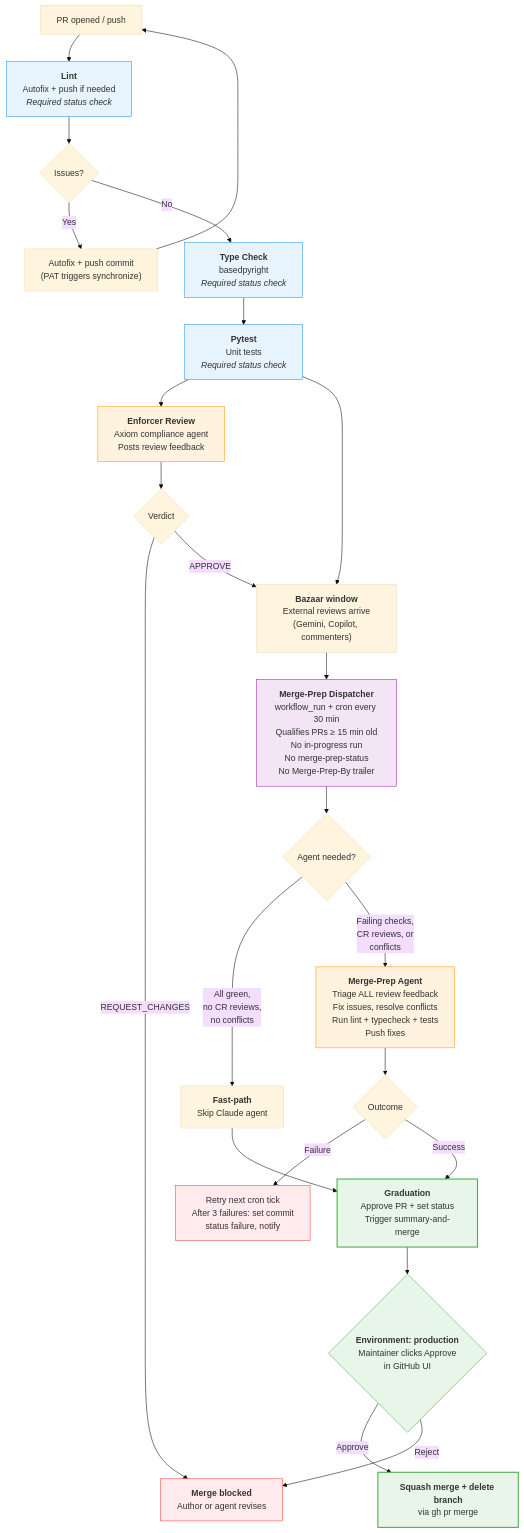
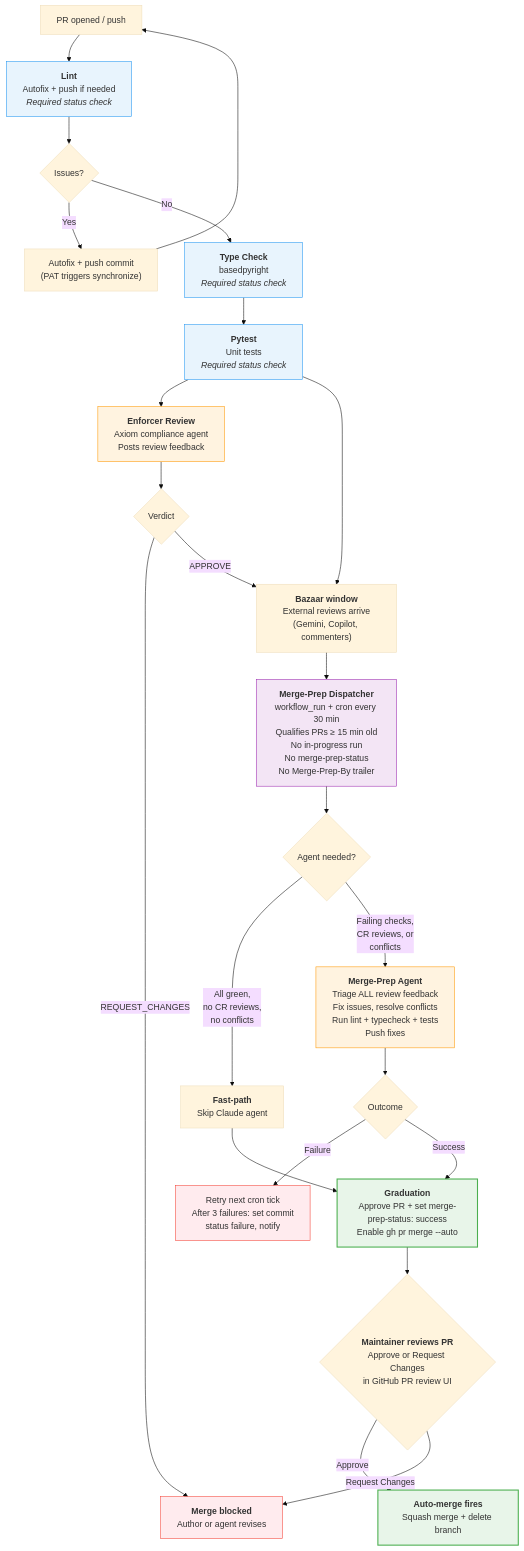
Before and after one commit to nicsuzor/academicOps: the diagram in specs/pr-pipeline.md, drawn with Mermaid (base theme). The commit also changed other lines of this file and 1 other file, not shown here.

````diff
--- a/specs/pr-pipeline.md
+++ b/specs/pr-pipeline.md
@@ -44,61 +46,61 @@
 ```mermaid
 flowchart TD
     PR["PR opened / push"]
 
     %% CI Pipeline (sequential)
     PR --> Lint["<b>Lint</b><br/>Autofix + push if needed<br/><i>Required status check</i>"]
 
     Lint --> LintFix{Issues?}
     LintFix -- Yes --> AutoFix["Autofix + push commit<br/>(PAT triggers synchronize)"]
     AutoFix --> PR
     LintFix -- No --> TC["<b>Type Check</b><br/>basedpyright<br/><i>Required status check</i>"]
 
     TC --> Test["<b>Pytest</b><br/>Unit tests<br/><i>Required status check</i>"]
 
     %% Enforcer (fires after CI completes)
     Test --> AR["<b>Enforcer Review</b><br/>Axiom compliance agent<br/>Posts review feedback"]
 
     AR --> ARV{Verdict}
     ARV -- REQUEST_CHANGES --> Blocked["<b>Merge blocked</b><br/>Author or agent revises"]
     ARV -- APPROVE --> Phase2
 
     Test --> Phase2["<b>Bazaar window</b><br/>External reviews arrive<br/>(Gemini, Copilot, commenters)"]
 
     %% Phase 2: Cron — no human trigger needed
     Phase2 --> Cron
 
     Cron["<b>Merge-Prep Dispatcher</b><br/>workflow_run + cron every 30 min<br/>Qualifies PRs ≥ 15 min old<br/>No in-progress run<br/>No merge-prep-status<br/>No Merge-Prep-By trailer"]
 
     Cron --> MPCheck{Agent needed?}
     MPCheck -- "All green,<br/>no CR reviews,<br/>no conflicts" --> FastPath["<b>Fast-path</b><br/>Skip Claude agent"]
     MPCheck -- "Failing checks,<br/>CR reviews, or<br/>conflicts" --> MP["<b>Merge-Prep Agent</b><br/>Triage ALL review feedback<br/>Fix issues, resolve conflicts<br/>Run lint + typecheck + tests<br/>Push fixes"]
 
     MP --> MPV{Outcome}
     MPV -- Failure --> RetryOrEscalate["Retry next cron tick<br/>After 3 failures: set commit<br/>status failure, notify"]
     MPV -- Success --> Graduate
     FastPath --> Graduate
 
-    Graduate["<b>Graduation</b><br/>Approve PR + set status<br/>Trigger summary-and-merge"]
+    Graduate["<b>Graduation</b><br/>Approve PR + set merge-prep-status: success<br/>Enable gh pr merge --auto"]
 
-    %% Phase 3: Environment gate
-    Graduate --> EnvGate{"<b>Environment: production</b><br/>Maintainer clicks Approve<br/>in GitHub UI"}
-    EnvGate -- "Approve" --> Merge
-    EnvGate -- "Reject" --> Blocked
+    %% Phase 3: Human approval (branch protection)
+    Graduate --> HumanGate{"<b>Maintainer reviews PR</b><br/>Approve or Request Changes<br/>in GitHub PR review UI"}
+    HumanGate -- "Approve" --> Merge
+    HumanGate -- "Request Changes" --> Blocked
 
-    %% Phase 4: Merge
-    Merge["<b>Squash merge + delete branch</b><br/>via gh pr merge"]
+    %% Phase 4: Merge (auto-merge fires when approval lands)
+    Merge["<b>Auto-merge fires</b><br/>Squash merge + delete branch"]
 
     %% Styling
     classDef check fill:#e8f4fd,stroke:#2196f3
     classDef agent fill:#fff3e0,stroke:#ff9800
     classDef human fill:#e8f5e9,stroke:#4caf50
     classDef success fill:#e8f5e9,stroke:#4caf50,stroke-width:2px
     classDef fail fill:#ffebee,stroke:#f44336
     classDef cron fill:#f3e5f5,stroke:#9c27b0
     class Lint,TC,Test check
     class AR,MP,AgentFix agent
     class EnvGate human
     class Merge,Graduate success
     class Blocked,RetryOrEscalate fail
     class Cron cron
 ```
````
